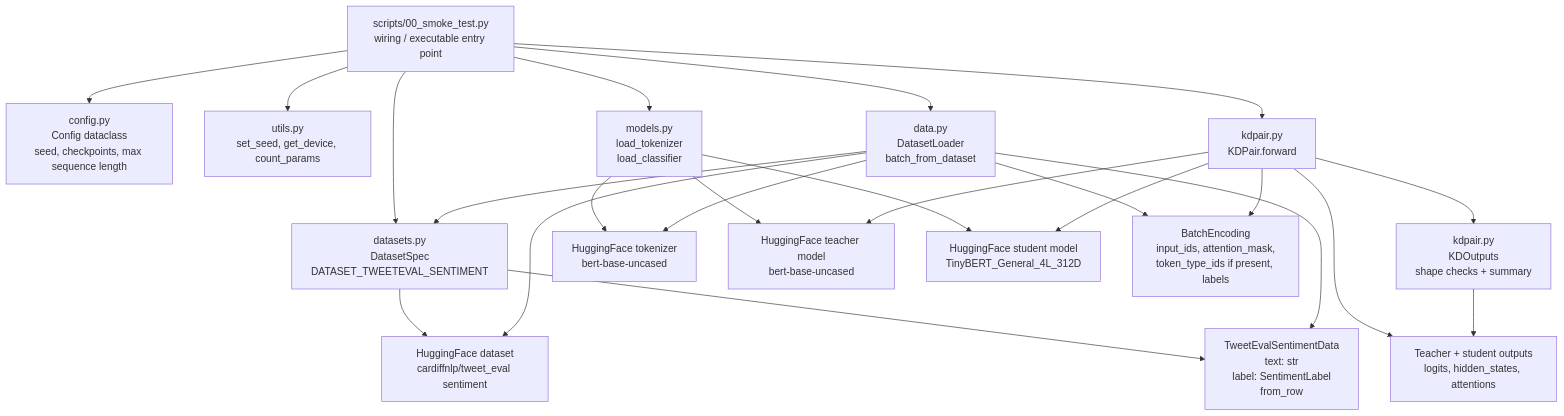
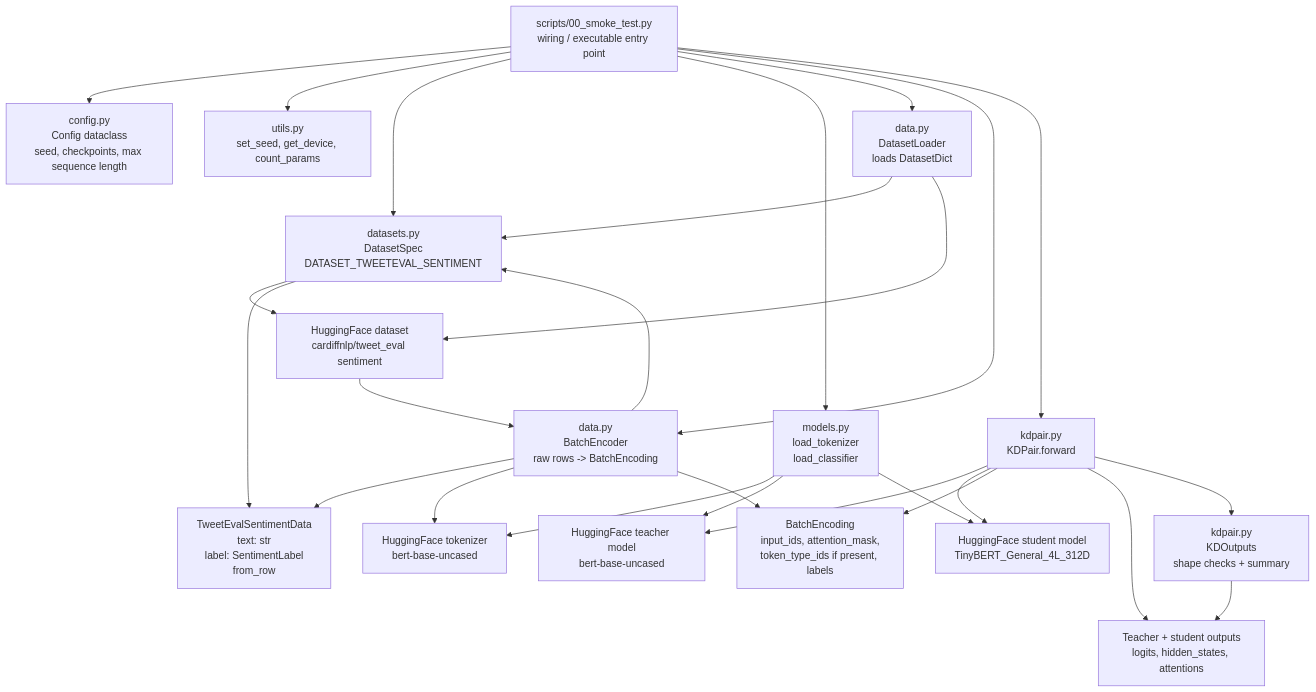
The first of 4 diagrams in docs/notes/05-current-codebase-concept-diagram.md (kaist-projects/TinyBERT-XAI), drawn with Mermaid before and after one commit. The commit also changed other lines of this file and 5 other files, not shown here.

Commit message:
Split batch encoding from dataset loading

````diff
--- a/docs/notes/05-current-codebase-concept-diagram.md
+++ b/docs/notes/05-current-codebase-concept-diagram.md
@@ -21,47 +21,51 @@
 ```mermaid
 flowchart TD
     Smoke["scripts/00_smoke_test.py<br/>wiring / executable entry point"]
 
     Config["config.py<br/>Config dataclass<br/>seed, checkpoints, max sequence length"]
     Utils["utils.py<br/>set_seed, get_device, count_params"]
     Datasets["datasets.py<br/>DatasetSpec<br/>DATASET_TWEETEVAL_SENTIMENT"]
     RowType["TweetEvalSentimentData<br/>text: str<br/>label: SentimentLabel<br/>from_row"]
     Models["models.py<br/>load_tokenizer<br/>load_classifier"]
-    Data["data.py<br/>DatasetLoader<br/>batch_from_dataset"]
+    Loader["data.py<br/>DatasetLoader<br/>loads DatasetDict"]
+    Encoder["data.py<br/>BatchEncoder<br/>raw rows -> BatchEncoding"]
     KDPair["kdpair.py<br/>KDPair.forward"]
     KDOutputs["kdpair.py<br/>KDOutputs<br/>shape checks + summary"]
 
     HFTokenizer["HuggingFace tokenizer<br/>bert-base-uncased"]
     HFTeacher["HuggingFace teacher model<br/>bert-base-uncased"]
     HFStudent["HuggingFace student model<br/>TinyBERT_General_4L_312D"]
     HFDataset["HuggingFace dataset<br/>cardiffnlp/tweet_eval sentiment"]
     Batch["BatchEncoding<br/>input_ids, attention_mask,<br/>token_type_ids if present, labels"]
     Outputs["Teacher + student outputs<br/>logits, hidden_states, attentions"]
 
     Smoke --> Config
     Smoke --> Utils
     Smoke --> Datasets
     Smoke --> Models
-    Smoke --> Data
+    Smoke --> Loader
+    Smoke --> Encoder
     Smoke --> KDPair
 
     Datasets --> HFDataset
     Models --> HFTokenizer
     Models --> HFTeacher
     Models --> HFStudent
 
-    Data --> Datasets
+    Loader --> Datasets
+    Encoder --> Datasets
     Datasets --> RowType
-    Data --> RowType
-    Data --> HFTokenizer
-    Data --> HFDataset
-    Data --> Batch
+    Encoder --> RowType
+    Encoder --> HFTokenizer
+    Loader --> HFDataset
+    HFDataset --> Encoder
+    Encoder --> Batch
 
     KDPair --> HFTeacher
     KDPair --> HFStudent
     KDPair --> Batch
     KDPair --> Outputs
     KDPair --> KDOutputs
 
     KDOutputs --> Outputs
 ```
````
